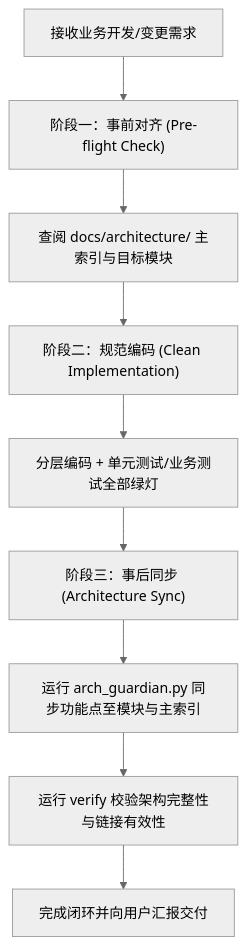
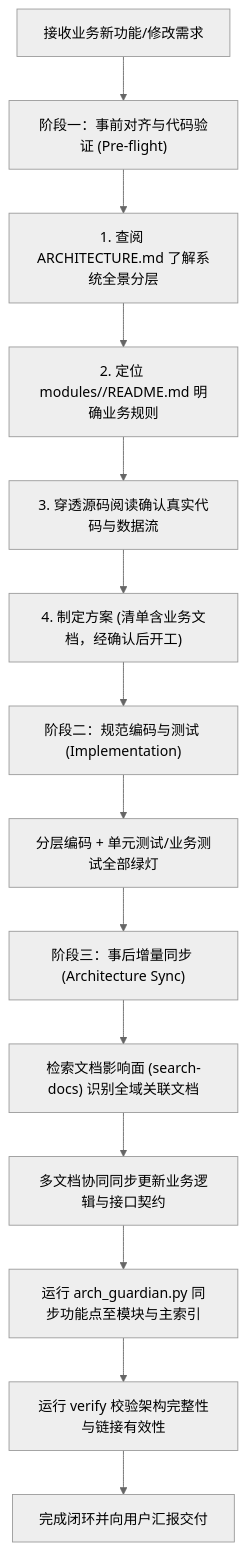
Before and after one commit to weilimao/systemArchitectureSkill: the diagram in skills/architecture-guardian/SKILL.md, drawn with Mermaid (neutral theme). The commit also changed other lines of this file and 4 other files, not shown here.

Commit message:
feat: add search-docs impact scanner and enforce arch-domain-code verification workflow

````diff
--- a/skills/architecture-guardian/SKILL.md
+++ b/skills/architecture-guardian/SKILL.md
@@ -31,11 +31,16 @@
 ```mermaid
 flowchart TD
-    Req["接收业务开发/变更需求"] --> Phase1["阶段一：事前对齐 (Pre-flight Check)"]
-    Phase1 --> ReadArch["查阅 docs/architecture/ 主索引与目标模块"]
-    ReadArch --> Phase2["阶段二：规范编码 (Clean Implementation)"]
+    Req["接收业务新功能/修改需求"] --> Phase1["阶段一：事前对齐与代码验证 (Pre-flight)"]
+    Phase1 --> Step1["1. 查阅 ARCHITECTURE.md 了解系统全景分层"]
+    Step1 --> Step2["2. 定位 modules/<module>/README.md 明确业务规则"]
+    Step2 --> Step3["3. 穿透源码阅读确认真实代码与数据流"]
+    Step3 --> Step4["4. 制定方案 (清单含业务文档，经确认后开工)"]
+    Step4 --> Phase2["阶段二：规范编码与测试 (Implementation)"]
     Phase2 --> Coding["分层编码 + 单元测试/业务测试全部绿灯"]
-    Coding --> Phase3["阶段三：事后同步 (Architecture Sync)"]
-    Phase3 --> SyncDoc["运行 arch_guardian.py 同步功能点至模块与主索引"]
+    Coding --> Phase3["阶段三：事后增量同步 (Architecture Sync)"]
+    Phase3 --> SearchDoc["检索文档影响面 (search-docs) 识别全域关联文档"]
+    SearchDoc --> MultiSync["多文档协同同步更新业务逻辑与接口契约"]
+    MultiSync --> SyncDoc["运行 arch_guardian.py 同步功能点至模块与主索引"]
     SyncDoc --> VerifyDoc["运行 verify 校验架构完整性与链接有效性"]
     VerifyDoc --> Done["完成闭环并向用户汇报交付"]
 ```
````
